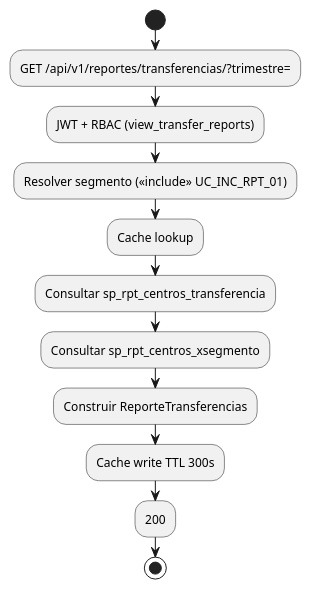
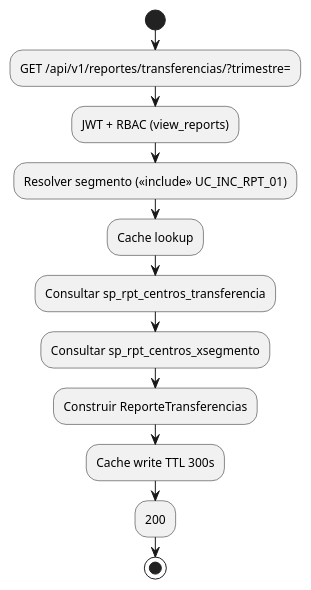
One commit to jcg-admin/IACT-docs changed the second of 3 diagrams in source/requisitos/casos-uso/reports/uc-rpt-15/diagramas-uml.rst. Above: the diagram before and after it, drawn with PlantUML. The commit also changed 108 other files, not shown here.

First line of the commit message:
Apply catalog function names to non-diagram RST files

```diff
--- a/source/requisitos/casos-uso/reports/uc-rpt-15/diagramas-uml.rst
+++ b/source/requisitos/casos-uso/reports/uc-rpt-15/diagramas-uml.rst
@@ -28,15 +28,15 @@
 .. uml::
 
  @startuml
  start
  :GET /api/v1/reportes/transferencias/?trimestre=;
- :JWT + RBAC (view_transfer_reports);
+ :JWT + RBAC (view_reports);
  :Resolver segmento (<<include>> UC_INC_RPT_01);
  :Cache lookup;
  :Consultar sp_rpt_centros_transferencia;
  :Consultar sp_rpt_centros_xsegmento;
  :Construir ReporteTransferencias;
  :Cache write TTL 300s;
  :200;
  stop
  @enduml
```
